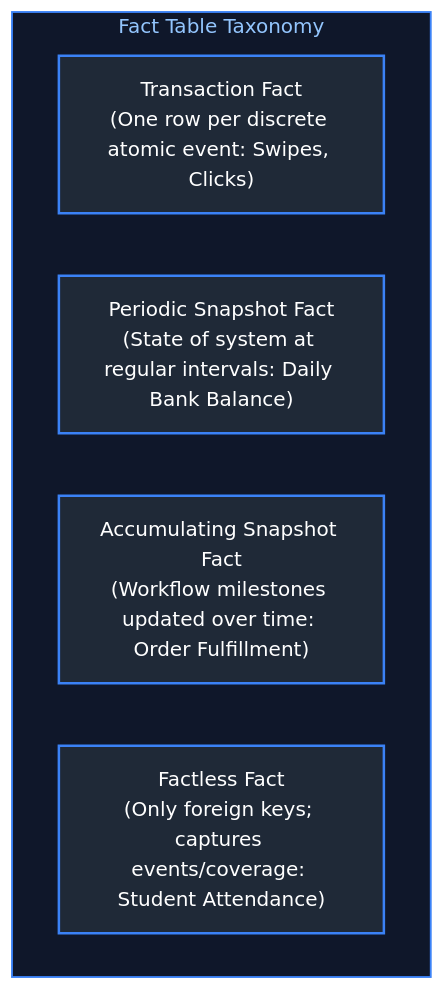
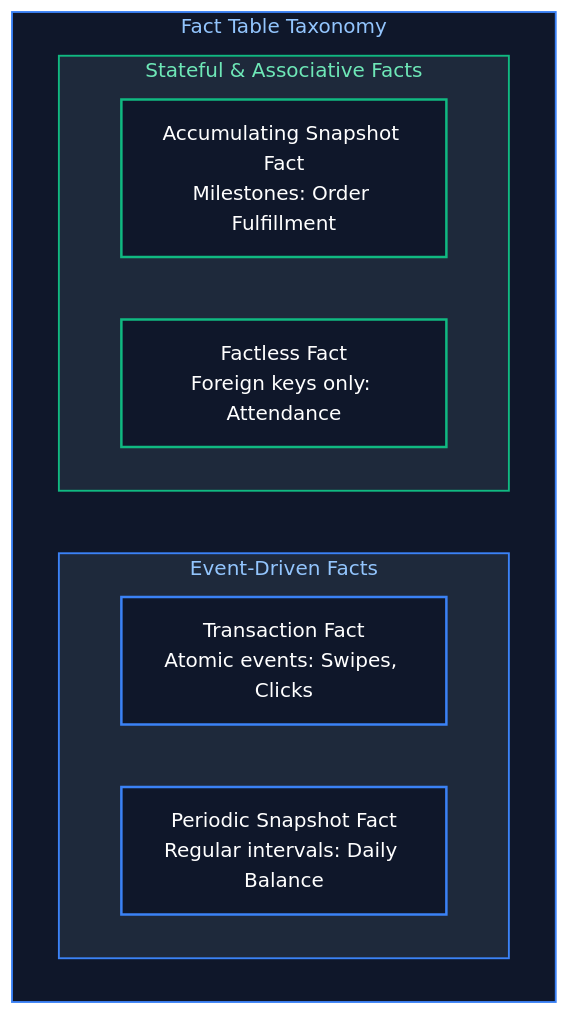
One commit to joydeep-biswas/Interview-Preparation changed diagram 14 of 22 in Data Engineering/06_data_architecture_and_modeling.md. Above: the diagram before and after it, drawn with Mermaid. The commit also changed other lines of this file and 76 other files, not shown here.

Commit message:
Updated Charts

````diff
--- a/Data Engineering/06_data_architecture_and_modeling.md
+++ b/Data Engineering/06_data_architecture_and_modeling.md
@@ -698,16 +703,24 @@
 ```mermaid
 flowchart TD
     subgraph FactTypes ["Fact Table Taxonomy"]
-        T["Transaction Fact<br/>(One row per discrete atomic event: Swipes, Clicks)"]
-        PS["Periodic Snapshot Fact<br/>(State of system at regular intervals: Daily Bank Balance)"]
-        AS["Accumulating Snapshot Fact<br/>(Workflow milestones updated over time: Order Fulfillment)"]
-        FL["Factless Fact<br/>(Only foreign keys; captures events/coverage: Student Attendance)"]
+        subgraph Row1 ["Event-Driven Facts"]
+            direction LR
+            T["Transaction Fact<br/>Atomic events: Swipes, Clicks"]
+            PS["Periodic Snapshot Fact<br/>Regular intervals: Daily Balance"]
+        end
+        subgraph Row2 ["Stateful & Associative Facts"]
+            direction LR
+            AS["Accumulating Snapshot Fact<br/>Milestones: Order Fulfillment"]
+            FL["Factless Fact<br/>Foreign keys only: Attendance"]
+        end
     end
 
     style FactTypes fill:#0f172a,stroke:#3b82f6,stroke-width:1.5px,color:#93c5fd
+    style Row1 fill:#1e293b,stroke:#3b82f6,stroke-width:1.5px,color:#93c5fd
+    style Row2 fill:#1e293b,stroke:#10b981,stroke-width:1.5px,color:#6ee7b7
 
-    style T fill:#1f2937,stroke:#3b82f6,stroke-width:2px,color:#fff
-    style PS fill:#1f2937,stroke:#3b82f6,stroke-width:2px,color:#fff
-    style AS fill:#1f2937,stroke:#3b82f6,stroke-width:2px,color:#fff
-    style FL fill:#1f2937,stroke:#3b82f6,stroke-width:2px,color:#fff
+    style T fill:#0f172a,stroke:#3b82f6,stroke-width:2px,color:#fff
+    style PS fill:#0f172a,stroke:#3b82f6,stroke-width:2px,color:#fff
+    style AS fill:#0f172a,stroke:#10b981,stroke-width:2px,color:#fff
+    style FL fill:#0f172a,stroke:#10b981,stroke-width:2px,color:#fff
 ```
````
